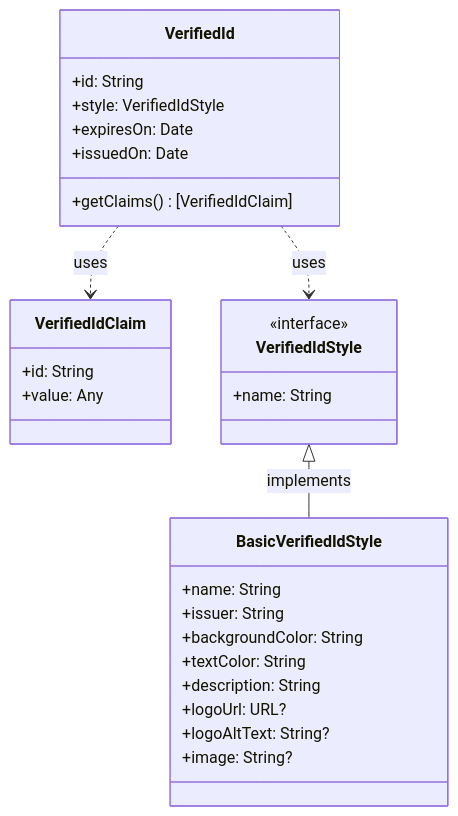
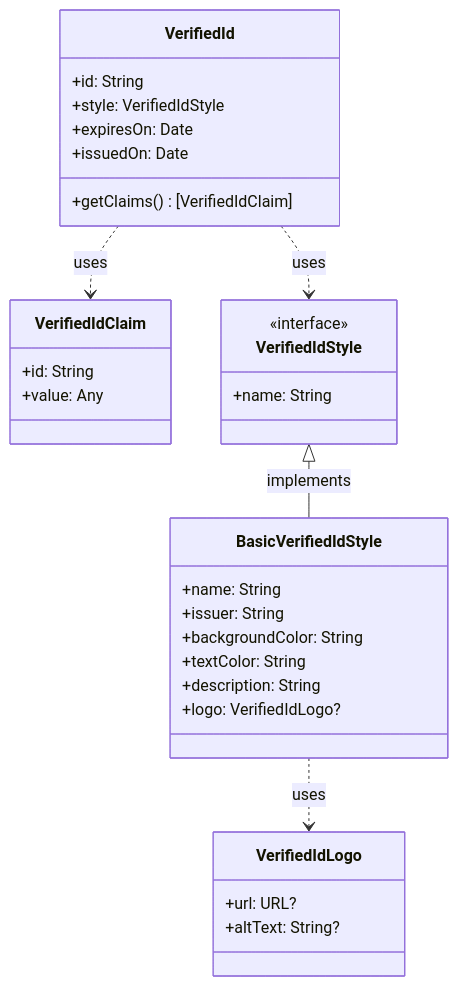
One commit to microsoft/entra-verifiedid-wallet-library-ios changed the third of 3 diagrams in Docs/LibraryArchitecture.md. Above: the diagram before and after it, drawn with Mermaid. The commit also changed other lines of this file, not shown here.

````diff
--- a/Docs/LibraryArchitecture.md
+++ b/Docs/LibraryArchitecture.md
@@ -154,34 +155,38 @@
 ```mermaid
 classDiagram
 VerifiedId ..> VerifiedIdClaim: uses
 VerifiedId ..> VerifiedIdStyle: uses
+BasicVerifiedIdStyle ..> VerifiedIdLogo: uses
 VerifiedIdStyle <|-- BasicVerifiedIdStyle: implements
 class VerifiedId {
     +id: String
     +style: VerifiedIdStyle
     +expiresOn: Date
     +issuedOn: Date
     +getClaims() [VerifiedIdClaim]
 }
 
 <<interface>> VerifiedIdStyle
 class VerifiedIdStyle {
     +name: String
 }
 
 class BasicVerifiedIdStyle {
     +name: String
     +issuer: String
     +backgroundColor: String
     +textColor: String
     +description: String
-    +logoUrl: URL?
-    +logoAltText: String?
-    +image: String?
+    +logo: VerifiedIdLogo?
+}
+
+class VerifiedIdLogo {
+    +url: URL?
+    +altText: String?
 }
 
 class VerifiedIdClaim {
     +id: String
     +value: Any
 }
 ```
````
